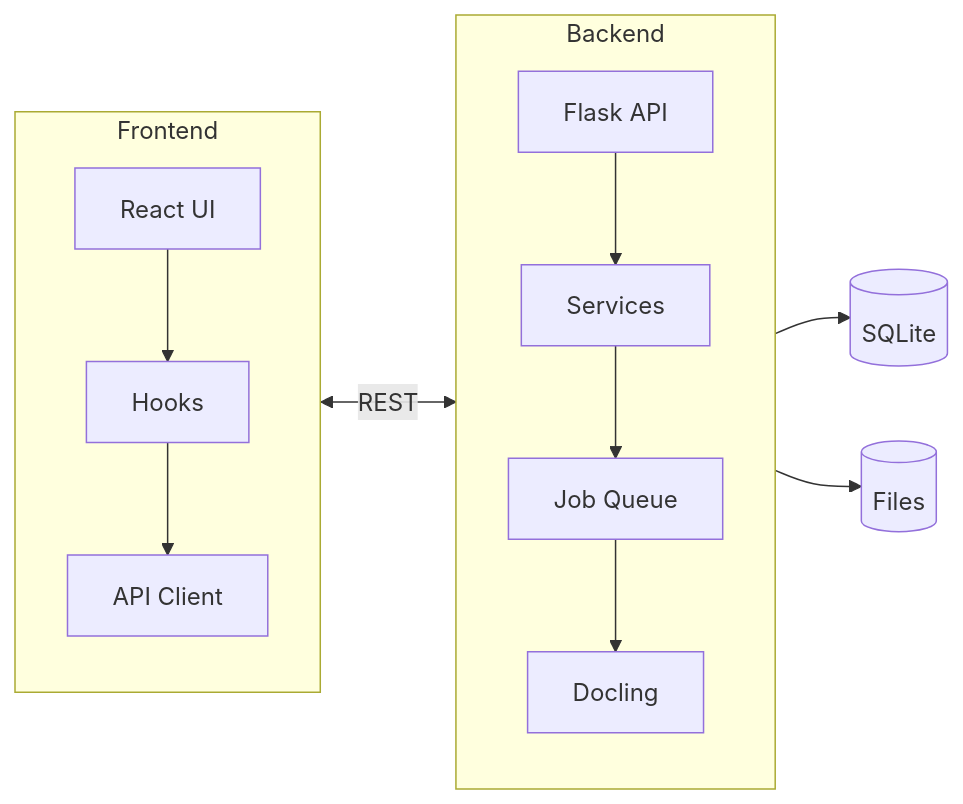
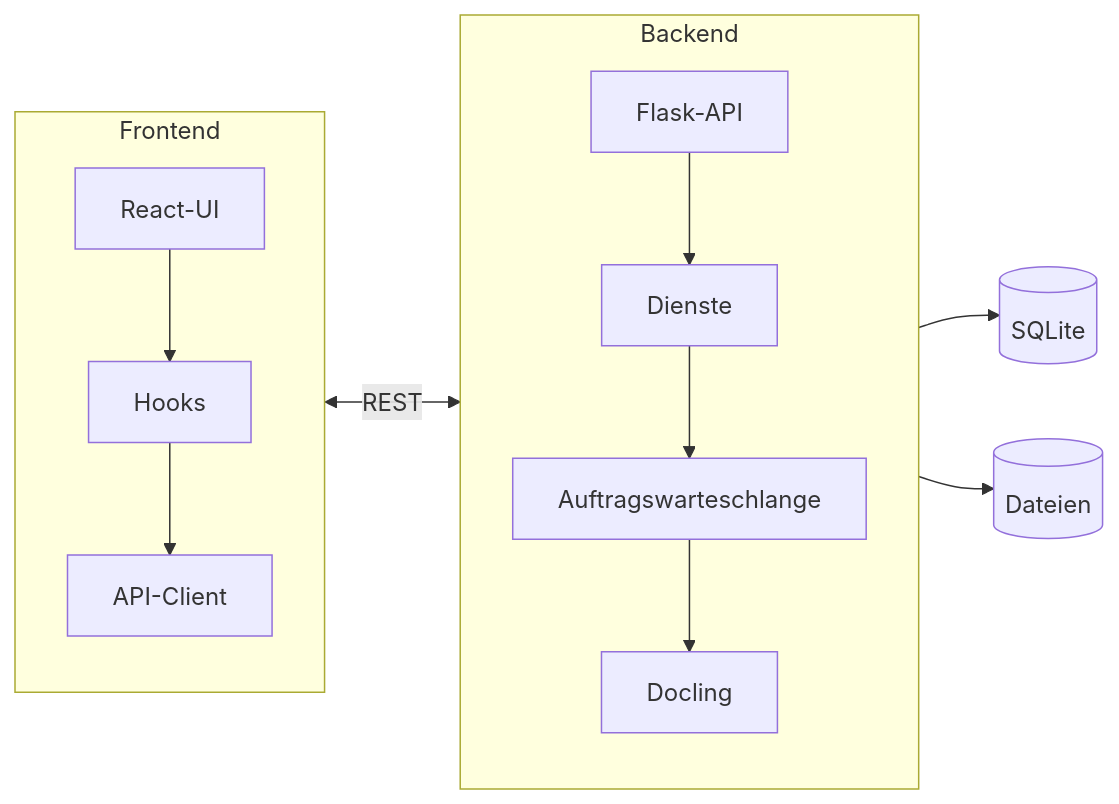
One commit to duckling-ui/duckling changed the first of 8 diagrams in docs/de/architecture/diagrams.md. Above: the diagram before and after it, drawn with Mermaid. The commit also changed other lines of this file and 133 other files, not shown here.

````diff
--- a/docs/de/architecture/diagrams.md
+++ b/docs/de/architecture/diagrams.md
@@ -7,20 +7,20 @@
 ```mermaid
 flowchart LR
     subgraph FE["Frontend"]
         direction TB
-        UI[React UI] --> Hooks[Hooks]
-        Hooks --> Axios[API Client]
+        UI[React-UI] --> Hooks[Hooks]
+        Hooks --> Axios[API-Client]
     end
 
     Axios <-->|REST| API
 
     subgraph BE["Backend"]
         direction TB
-        API[Flask API] --> SVC[Services]
-        SVC --> Queue[Job Queue]
+        API[Flask-API] --> SVC[Dienste]
+        SVC --> Queue[Auftragswarteschlange]
         Queue --> Doc[Docling]
     end
 
     Doc --> DB[(SQLite)]
-    Doc --> FS[(Files)]
+    Doc --> FS[(Dateien)]
 ```
````
